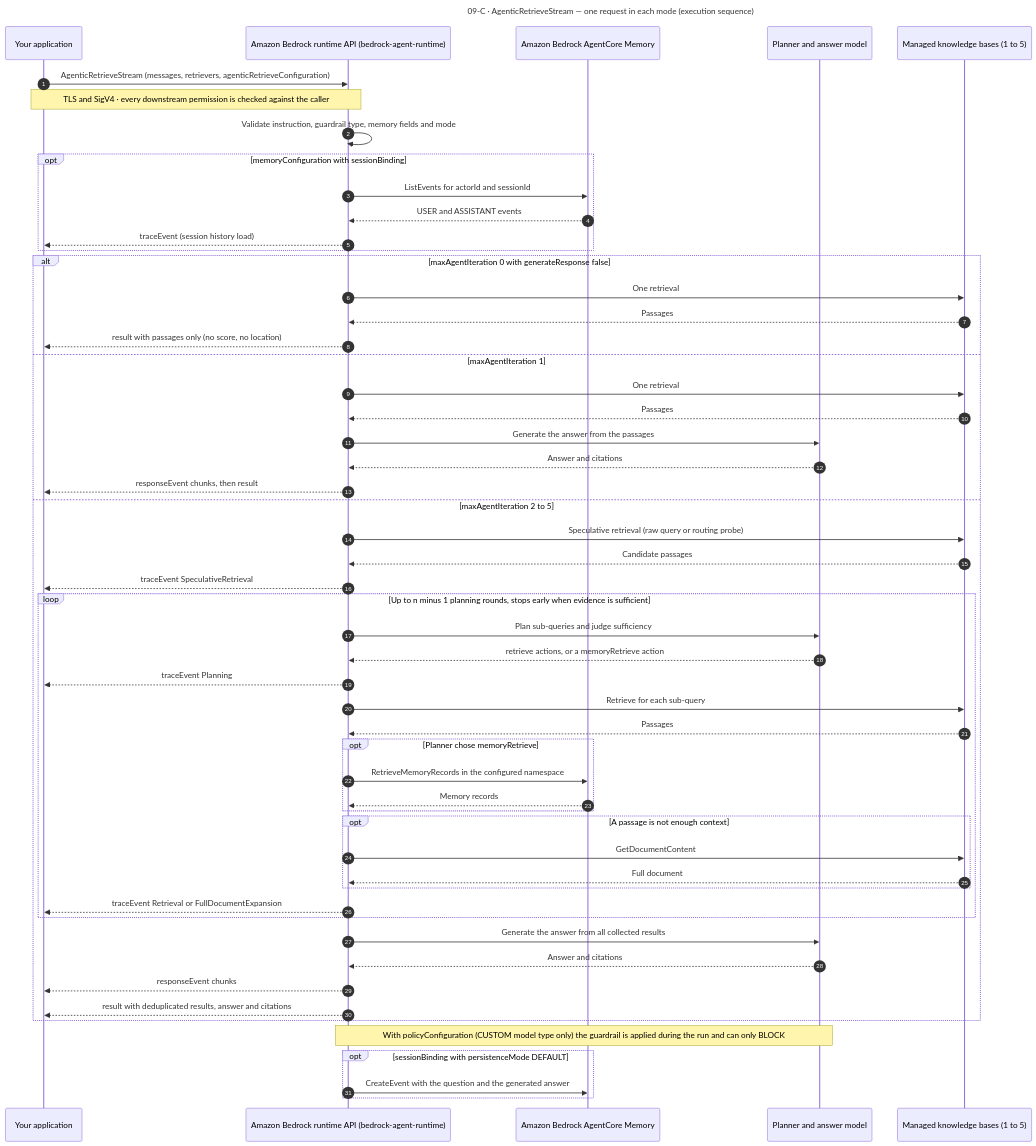
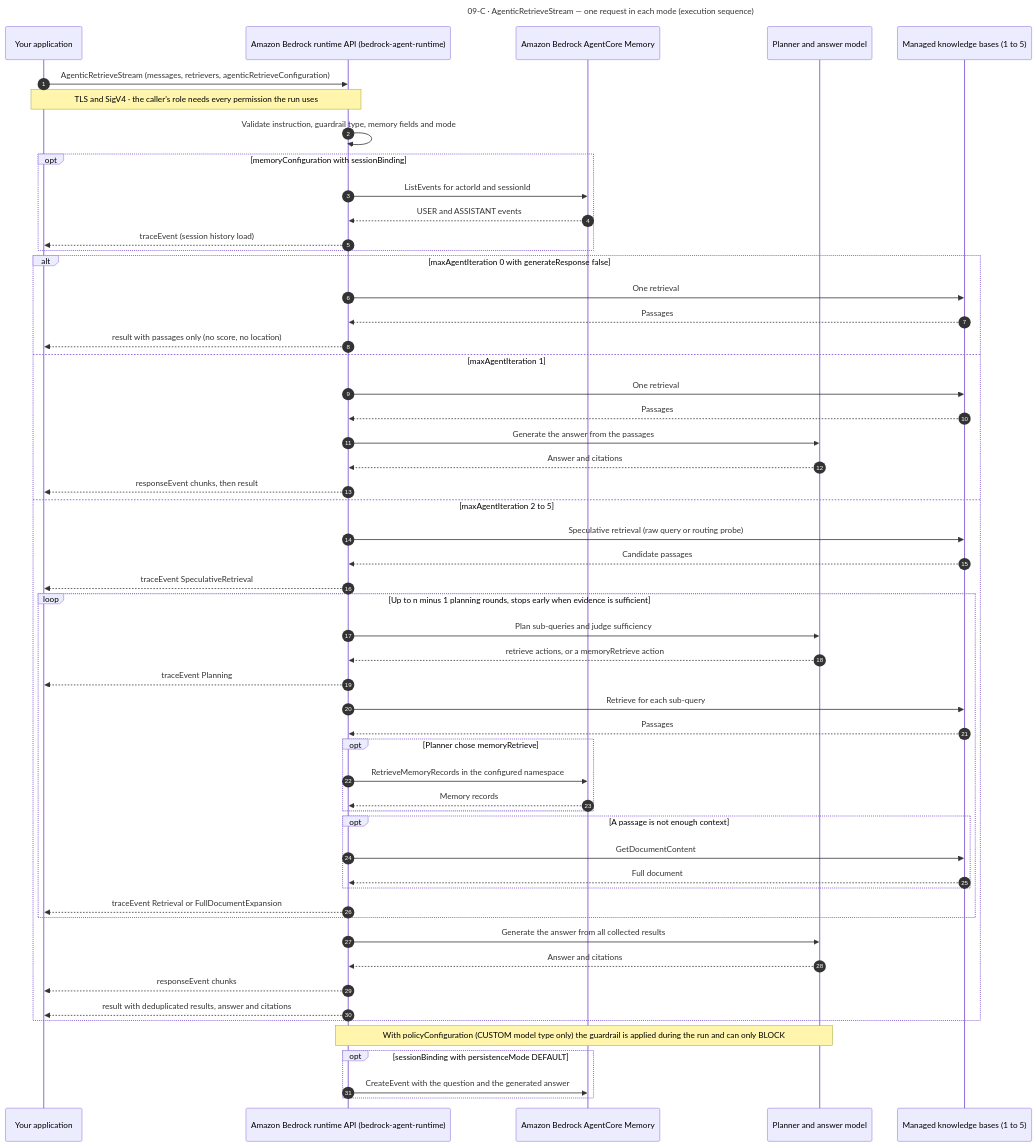
Before and after one commit to sunilgogineni/terraform-aws-lambda-function: the third of 3 diagrams in aws-bedrock-architecture-academy/diagrams/mermaid/09-agentic-retrieval.md, drawn with Mermaid. The commit also changed other lines of this file and 18 other files, not shown here.

````diff
--- a/aws-bedrock-architecture-academy/diagrams/mermaid/09-agentic-retrieval.md
+++ b/aws-bedrock-architecture-academy/diagrams/mermaid/09-agentic-retrieval.md
@@ -197,59 +199,59 @@
 ```mermaid
 ---
 title: 09-C · AgenticRetrieveStream — one request in each mode (execution sequence)
 ---
 sequenceDiagram
     autonumber
     participant App as Your application
     participant RT as Amazon Bedrock runtime API (bedrock-agent-runtime)
     participant MEM as Amazon Bedrock AgentCore Memory
     participant FM as Planner and answer model
     participant KB as Managed knowledge bases (1 to 5)
     App->>RT: AgenticRetrieveStream (messages, retrievers, agenticRetrieveConfiguration)
-    Note over App,RT: TLS and SigV4 · every downstream permission is checked against the caller
+    Note over App,RT: TLS and SigV4 · the caller's role needs every permission the run uses
     RT->>RT: Validate instruction, guardrail type, memory fields and mode
     opt memoryConfiguration with sessionBinding
         RT->>MEM: ListEvents for actorId and sessionId
         MEM-->>RT: USER and ASSISTANT events
         RT-->>App: traceEvent (session history load)
     end
     alt maxAgentIteration 0 with generateResponse false
         RT->>KB: One retrieval
         KB-->>RT: Passages
         RT-->>App: result with passages only (no score, no location)
     else maxAgentIteration 1
         RT->>KB: One retrieval
         KB-->>RT: Passages
         RT->>FM: Generate the answer from the passages
         FM-->>RT: Answer and citations
         RT-->>App: responseEvent chunks, then result
     else maxAgentIteration 2 to 5
         RT->>KB: Speculative retrieval (raw query or routing probe)
         KB-->>RT: Candidate passages
         RT-->>App: traceEvent SpeculativeRetrieval
         loop Up to n minus 1 planning rounds, stops early when evidence is sufficient
             RT->>FM: Plan sub-queries and judge sufficiency
             FM-->>RT: retrieve actions, or a memoryRetrieve action
             RT-->>App: traceEvent Planning
             RT->>KB: Retrieve for each sub-query
             KB-->>RT: Passages
             opt Planner chose memoryRetrieve
                 RT->>MEM: RetrieveMemoryRecords in the configured namespace
                 MEM-->>RT: Memory records
             end
             opt A passage is not enough context
                 RT->>KB: GetDocumentContent
                 KB-->>RT: Full document
             end
             RT-->>App: traceEvent Retrieval or FullDocumentExpansion
         end
         RT->>FM: Generate the answer from all collected results
         FM-->>RT: Answer and citations
         RT-->>App: responseEvent chunks
         RT-->>App: result with deduplicated results, answer and citations
     end
     Note over RT,FM: With policyConfiguration (CUSTOM model type only) the guardrail is applied during the run and can only BLOCK
     opt sessionBinding with persistenceMode DEFAULT
         RT->>MEM: CreateEvent with the question and the generated answer
     end
 ```
````
